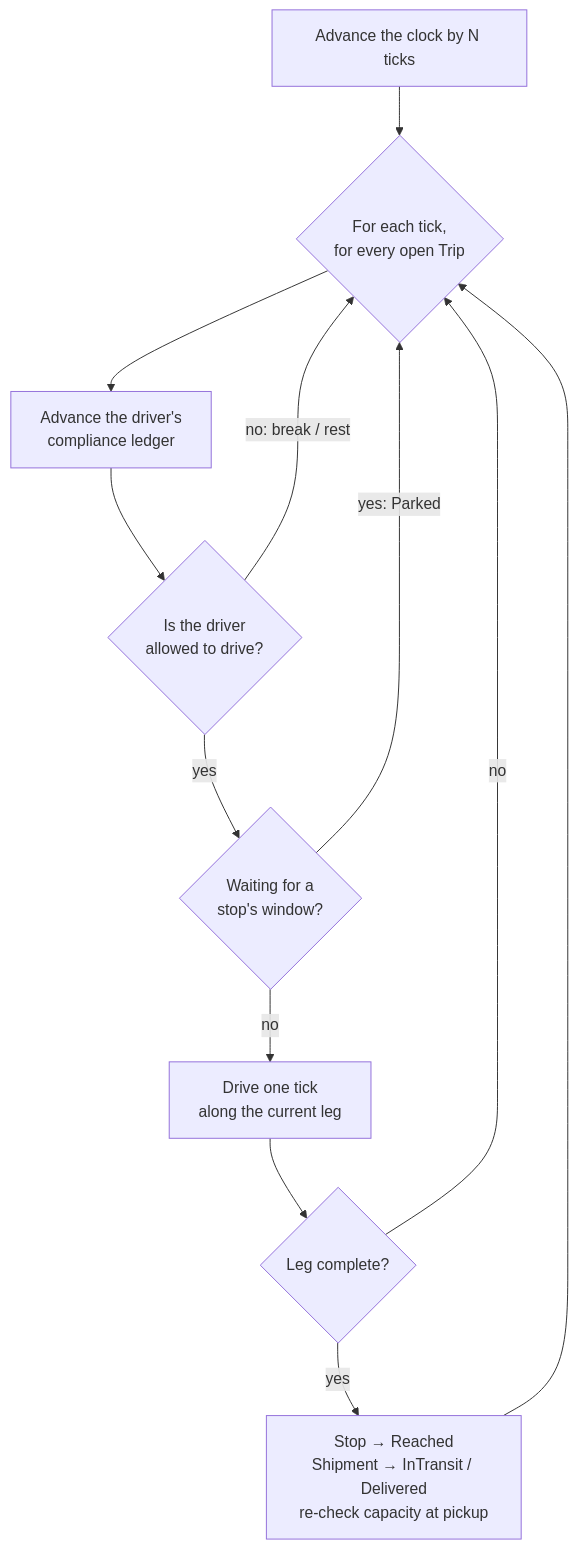
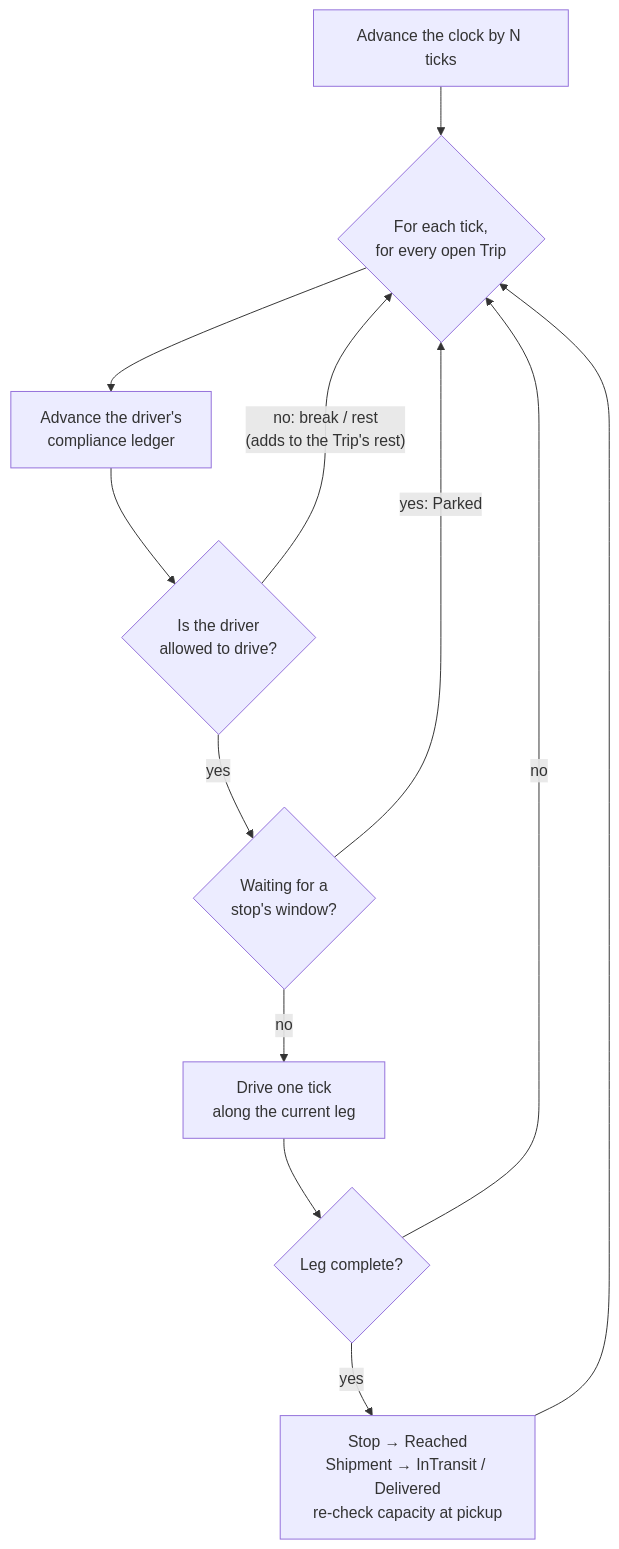
The fourth of 15 diagrams in freight-domain-model.md (RTO-The-Coder/freight-marketplace), drawn with Mermaid before and after one commit. The commit also changed other lines of this file and 4 other files, not shown here.

````diff
--- a/freight-domain-model.md
+++ b/freight-domain-model.md
@@ -134,14 +144,14 @@
 ```mermaid
 flowchart TD
     A["Advance the clock by N ticks"] --> B{"For each tick,<br/>for every open Trip"}
     B --> C["Advance the driver's<br/>compliance ledger"]
     C --> D{"Is the driver<br/>allowed to drive?"}
-    D -- "no: break / rest" --> B
+    D -- "no: break / rest<br/>(adds to the Trip's rest)" --> B
     D -- yes --> E{"Waiting for a<br/>stop's window?"}
     E -- "yes: Parked" --> B
     E -- no --> F["Drive one tick<br/>along the current leg"]
     F --> G{"Leg complete?"}
     G -- no --> B
     G -- yes --> H["Stop → Reached<br/>Shipment → InTransit / Delivered<br/>re-check capacity at pickup"]
     H --> B
 ```
````
